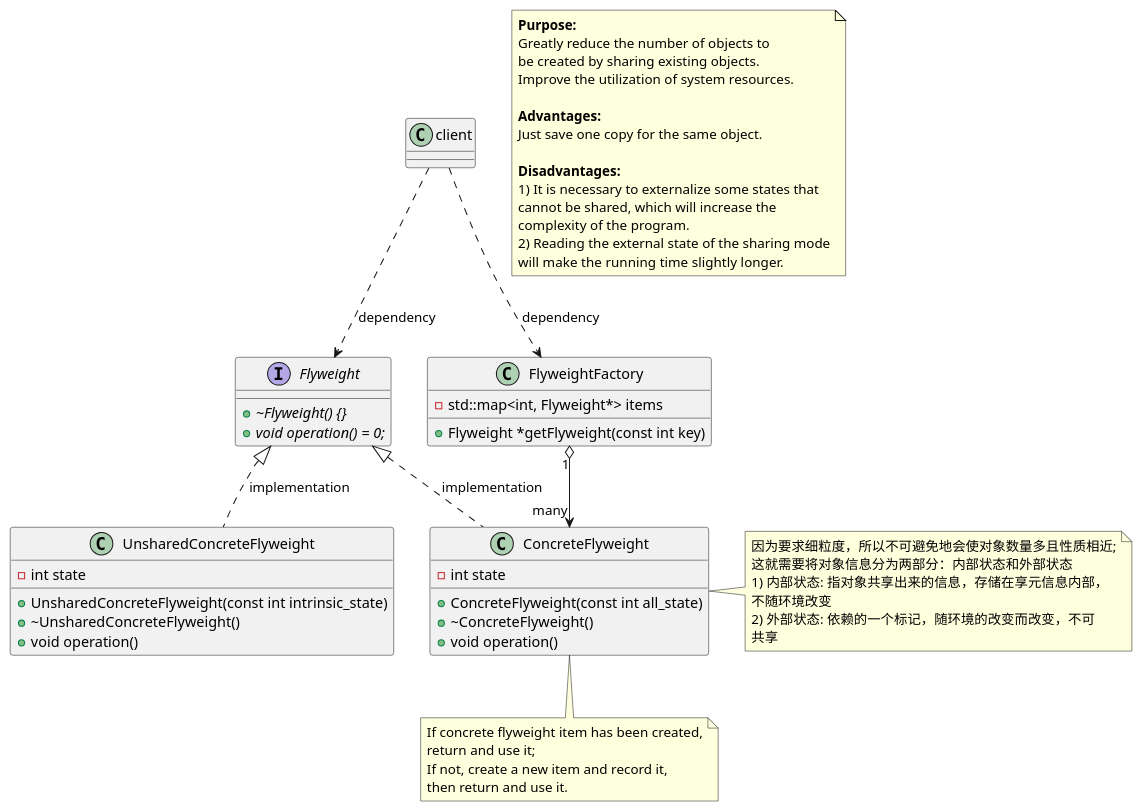
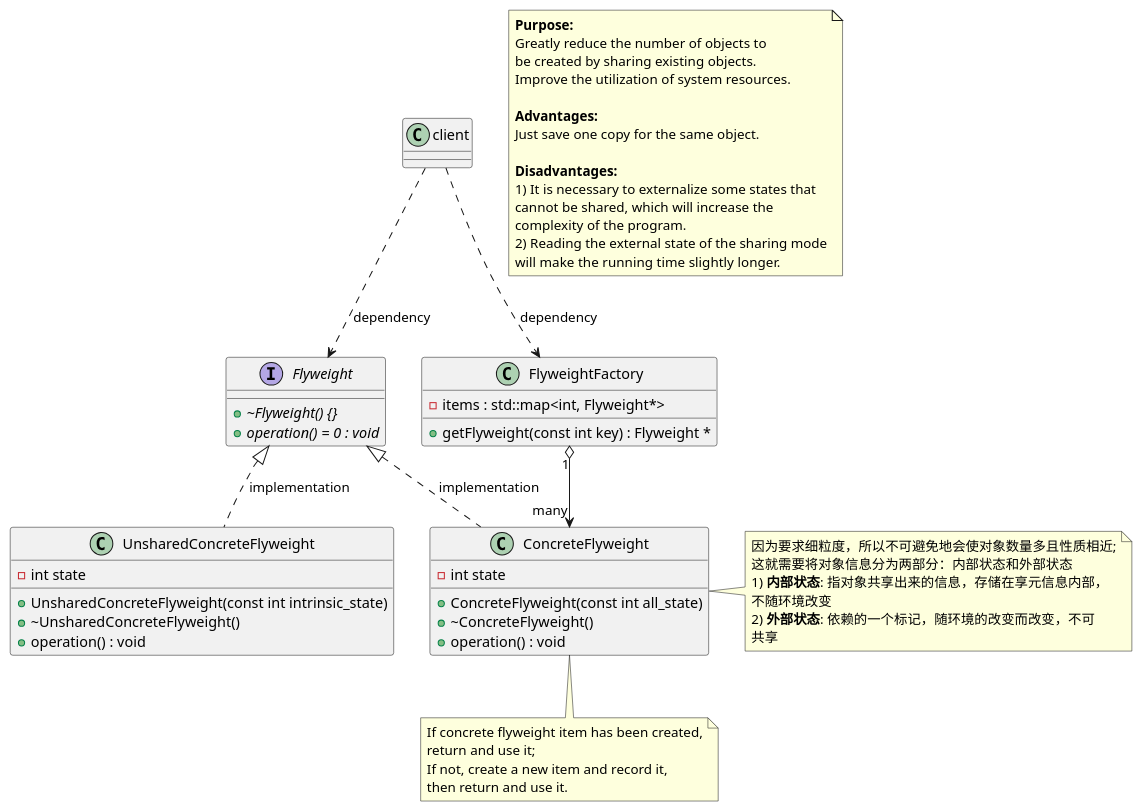
One commit to flyingman1991/design-patterns-cpp changed the diagram in flyweight/FlyWeightPattern.puml. Above: the diagram before and after it, drawn with PlantUML. The commit also changed 5 other files, not shown here.

```diff
--- a/flyweight/FlyWeightPattern.puml
+++ b/flyweight/FlyWeightPattern.puml
@@ -1,66 +1,66 @@
 @startuml FlyWeight
 
 interface  Flyweight {
     + {abstract} ~Flyweight() {}
-    + {abstract} void operation() = 0;
+    + {abstract} operation() = 0 : void
 }
 
 class UnsharedConcreteFlyweight {
     - int state
     + UnsharedConcreteFlyweight(const int intrinsic_state)
     + ~UnsharedConcreteFlyweight()
-    + void operation()
+    + operation() : void
 }
 
 class ConcreteFlyweight {
     - int state
     + ConcreteFlyweight(const int all_state)
     + ~ConcreteFlyweight()
-    + void operation()
+    + operation() : void
 }
 
 class FlyweightFactory {
-    - std::map<int, Flyweight*> items
-    + Flyweight *getFlyweight(const int key)
+    - items : std::map<int, Flyweight*>
+    + getFlyweight(const int key) : Flyweight *
 }
 
 UnsharedConcreteFlyweight .up.|> Flyweight : implementation
 ConcreteFlyweight .up.|> Flyweight : implementation
 FlyweightFactory "1" o--> "many" ConcreteFlyweight
 client ..> FlyweightFactory : dependency
 client ..> Flyweight : dependency
 
 note as N1
     <b>Purpose:</b>
     Greatly reduce the number of objects to
     be created by sharing existing objects.
     Improve the utilization of system resources.
 
     <b>Advantages:</b>
     Just save one copy for the same object.
 
     <b>Disadvantages:</b>
     1) It is necessary to externalize some states that
     cannot be shared, which will increase the
     complexity of the program.
     2) Reading the external state of the sharing mode
     will make the running time slightly longer.
 end note
 
 note right of ConcreteFlyweight
     因为要求细粒度，所以不可避免地会使对象数量多且性质相近;
     这就需要将对象信息分为两部分：内部状态和外部状态
-    1) 内部状态: 指对象共享出来的信息，存储在享元信息内部，
+    1) <b>内部状态</b>: 指对象共享出来的信息，存储在享元信息内部，
     不随环境改变
-    2) 外部状态: 依赖的一个标记，随环境的改变而改变，不可
+    2) <b>外部状态</b>: 依赖的一个标记，随环境的改变而改变，不可
     共享
 end note
 
 note bottom of ConcreteFlyweight
     If concrete flyweight item has been created,
     return and use it;
     If not, create a new item and record it,
     then return and use it.
 end note
 
 @enduml
```
